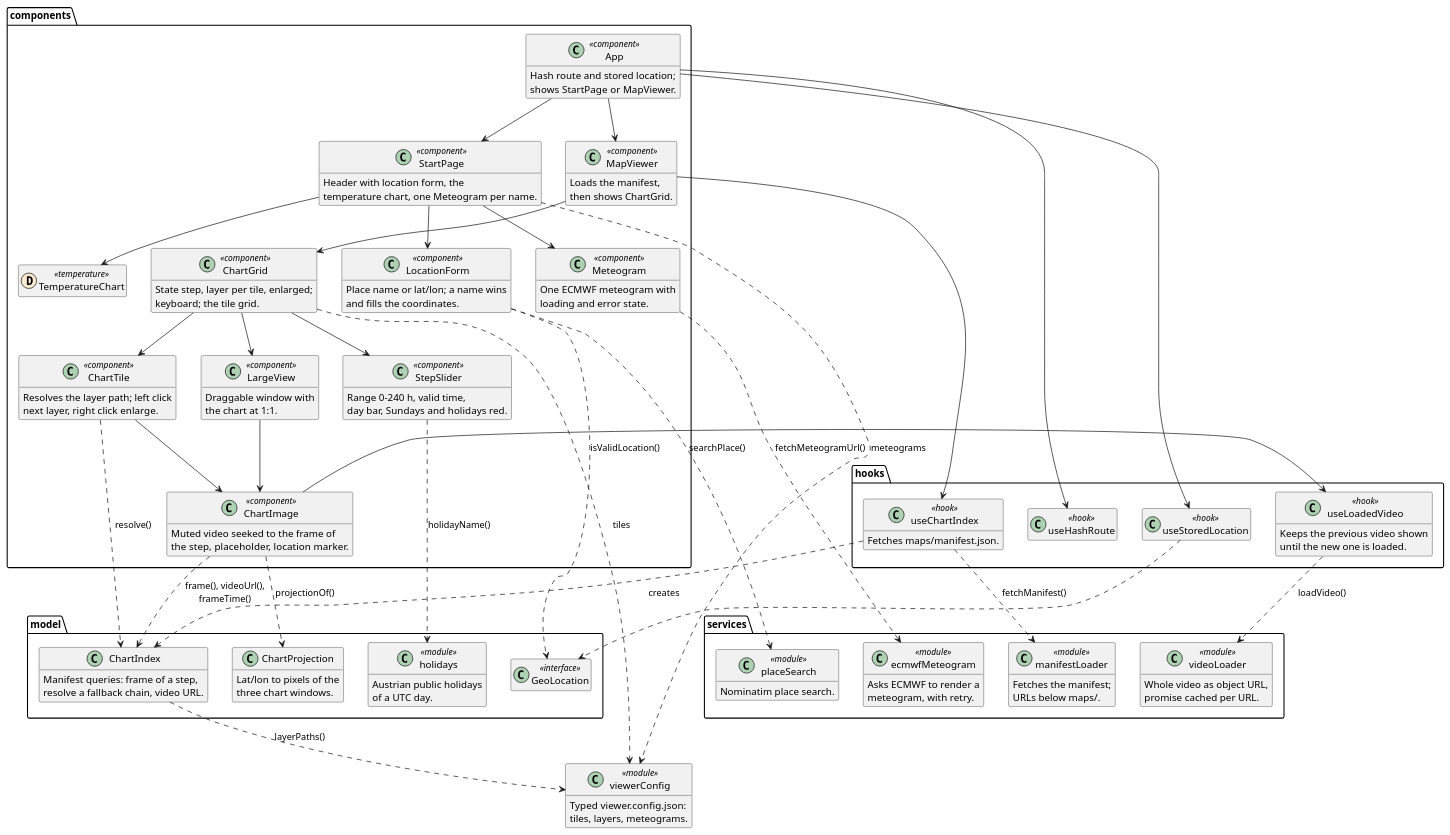
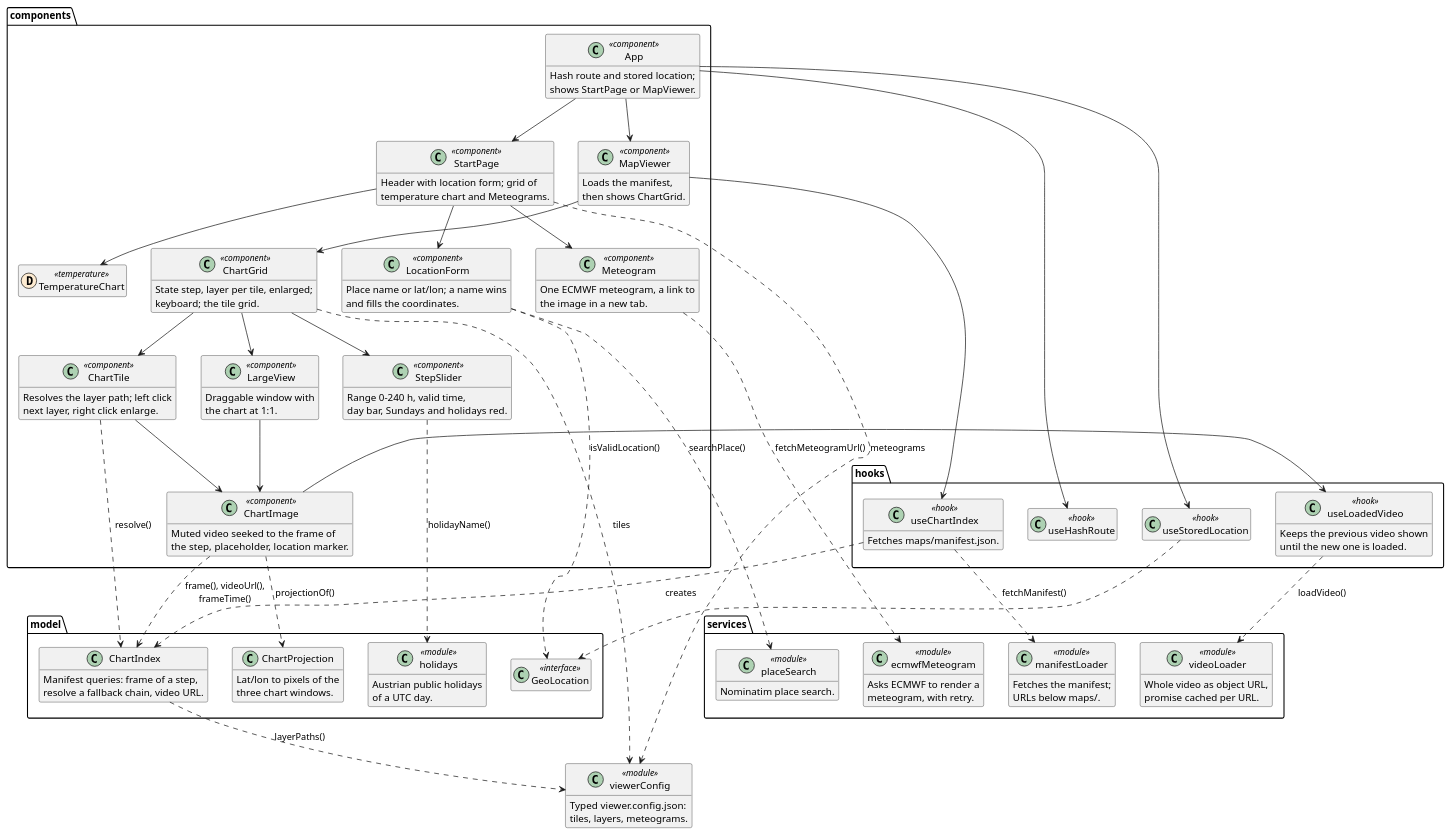
Before and after one commit to schletz/wetterkartenviewer: the first of 2 diagrams in REFERENCE.webapp.md, drawn with PlantUML. The commit also changed other lines of this file and 15 other files, not shown here.

First line of the commit message:
Lay out the temperature diagram like an ENS meteogram

```diff
--- a/REFERENCE.webapp.md
+++ b/REFERENCE.webapp.md
@@ -38,8 +38,8 @@
  shows StartPage or MapViewer.
  }
  class StartPage <<component>> {
- Header with location form, the
- temperature chart, one Meteogram per name.
+ Header with location form; grid of
+ temperature chart and Meteograms.
  }
  class TemperatureChart << (D,#fdebd1) temperature >>
  class LocationForm <<component>> {
@@ -47,8 +47,8 @@
  and fills the coordinates.
  }
  class Meteogram <<component>> {
- One ECMWF meteogram with
- loading and error state.
+ One ECMWF meteogram, a link to
+ the image in a new tab.
  }
  class MapViewer <<component>> {
  Loads the manifest,
```
